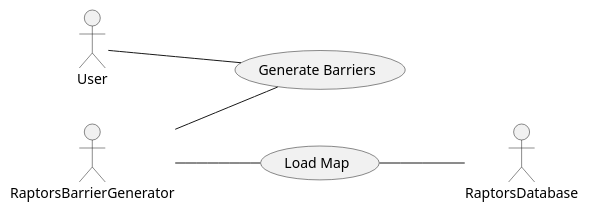
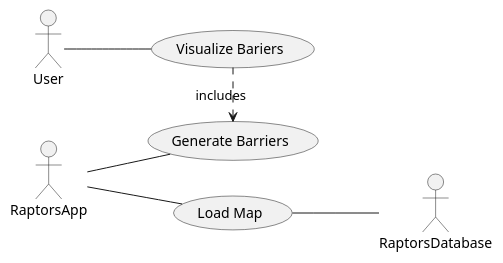
One commit to Hyphen133/RaptorsBarrierGenerator changed the diagram in docs/uml/use_case_diagram.puml. Above: the diagram before and after it, drawn with PlantUML.

Commit message:
Use case diagram updated

```diff
--- a/docs/uml/use_case_diagram.puml
+++ b/docs/uml/use_case_diagram.puml
@@ -1,10 +1,11 @@
 @startuml
 left to right direction
 
-RaptorsBarrierGenerator as RaptorsBarrierGenerator
-User -- (Generate Barriers)
+RaptorsApp as RaptorsApp
+User -- (Visualize Bariers)
 
-RaptorsBarrierGenerator -- (Generate Barriers)
-RaptorsBarrierGenerator -- (Load Map)
+(Visualize Bariers) .> (Generate Barriers) :includes
+RaptorsApp -- (Generate Barriers)
+RaptorsApp -- (Load Map)
 (Load Map) -- RaptorsDatabase
 @enduml
```
